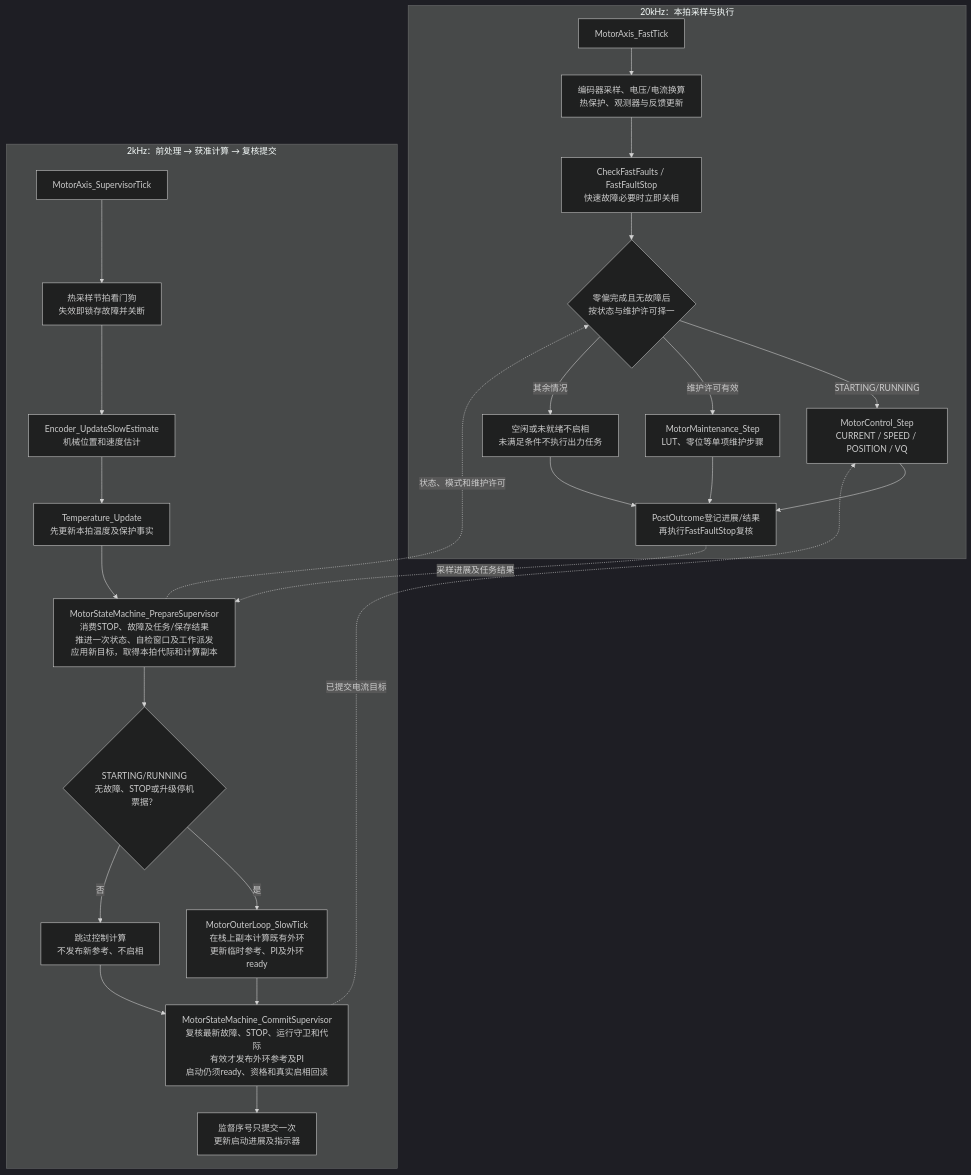
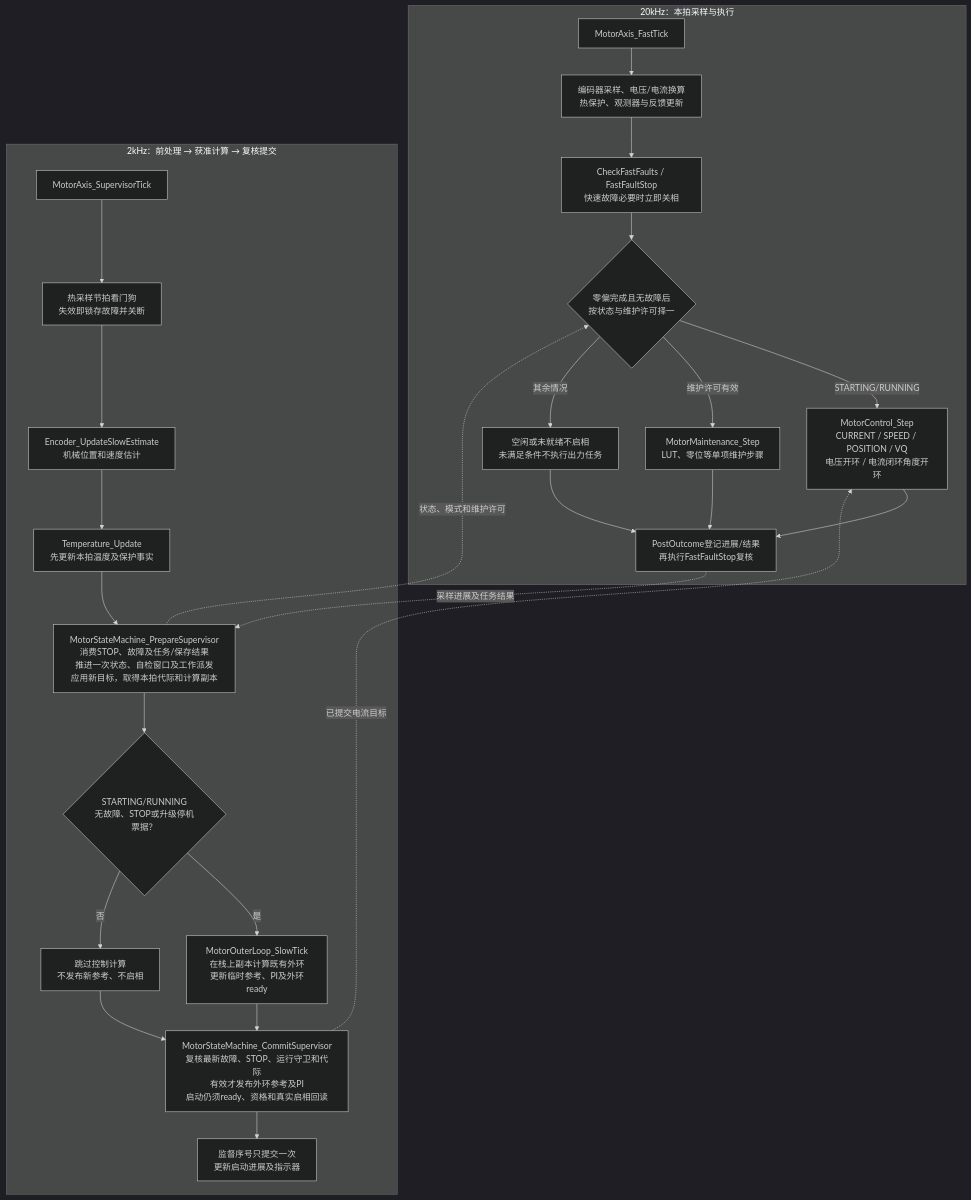
The second of 3 diagrams in docs/architecture/software_architecture.md (haoyang877/Vector_Mini_ST_Firmware), drawn with Mermaid (dark theme) before and after one commit. The commit also changed other lines of this file and 755 other files, not shown here.

First line of the commit message:
feat: unify dual-board firmware and simplify shared motor control

````diff
--- a/docs/architecture/software_architecture.md
+++ b/docs/architecture/software_architecture.md
@@ -78,41 +78,41 @@
 ```mermaid
 flowchart TD
     subgraph FAST["20kHz：本拍采样与执行"]
         F["MotorAxis_FastTick"]
         SAMPLE["编码器采样、电压/电流换算<br/>热保护、观测器与反馈更新"]
         FAULT["CheckFastFaults / FastFaultStop<br/>快速故障必要时立即关相"]
         SELECT{"零偏完成且无故障后<br/>按状态与维护许可择一"}
-        CONTROL["MotorControl_Step<br/>CURRENT / SPEED / POSITION / VQ"]
+        CONTROL["MotorControl_Step<br/>CURRENT / SPEED / POSITION / VQ<br/>电压开环 / 电流闭环角度开环"]
         CAL["MotorMaintenance_Step<br/>LUT、零位等单项维护步骤"]
         IDLE["空闲或未就绪不启相<br/>未满足条件不执行出力任务"]
         RESULT["PostOutcome登记进展/结果<br/>再执行FastFaultStop复核"]
         F --> SAMPLE --> FAULT --> SELECT
         SELECT -->|"STARTING/RUNNING"| CONTROL
         SELECT -->|"维护许可有效"| CAL
         SELECT -->|"其余情况"| IDLE
         CONTROL --> RESULT
         CAL --> RESULT
         IDLE --> RESULT
     end
 
     subgraph SLOW["2kHz：前处理 → 获准计算 → 复核提交"]
         S["MotorAxis_SupervisorTick"]
         WATCH["热采样节拍看门狗<br/>失效即锁存故障并关断"]
         ENCODER["Encoder_UpdateSlowEstimate<br/>机械位置和速度估计"]
         TEMP["Temperature_Update<br/>先更新本拍温度及保护事实"]
         PRE["MotorStateMachine_PrepareSupervisor<br/>消费STOP、故障及任务/保存结果<br/>推进一次状态、自检窗口及工作派发<br/>应用新目标，取得本拍代际和计算副本"]
         ALLOW{"STARTING/RUNNING<br/>无故障、STOP或升级停机票据？"}
         OUTER["MotorOuterLoop_SlowTick<br/>在栈上副本计算既有外环<br/>更新临时参考、PI及外环ready"]
         SKIP["跳过控制计算<br/>不发布新参考、不启相"]
         COMMIT["MotorStateMachine_CommitSupervisor<br/>复核最新故障、STOP、运行守卫和代际<br/>有效才发布外环参考及PI<br/>启动仍须ready、资格和真实启相回读"]
         DONE["监督序号只提交一次<br/>更新启动进展及指示器"]
         S --> WATCH --> ENCODER --> TEMP --> PRE --> ALLOW
         ALLOW -->|"是"| OUTER --> COMMIT
         ALLOW -->|"否"| SKIP --> COMMIT
         COMMIT --> DONE
     end
 
     COMMIT -. "已提交电流目标" .-> CONTROL
     PRE -. "状态、模式和维护许可" .-> SELECT
     RESULT -. "采样进展及任务结果" .-> PRE
 ```
````
